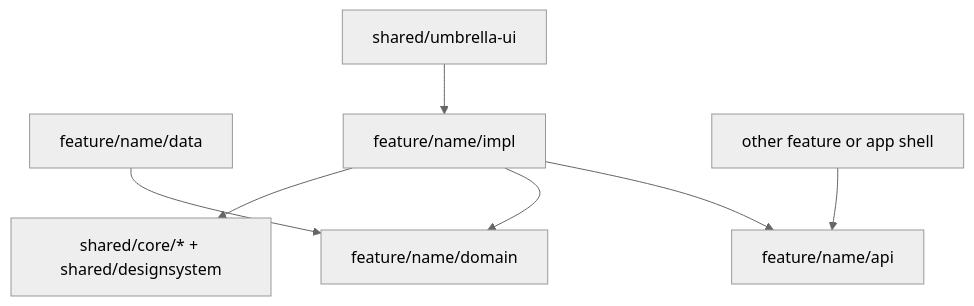
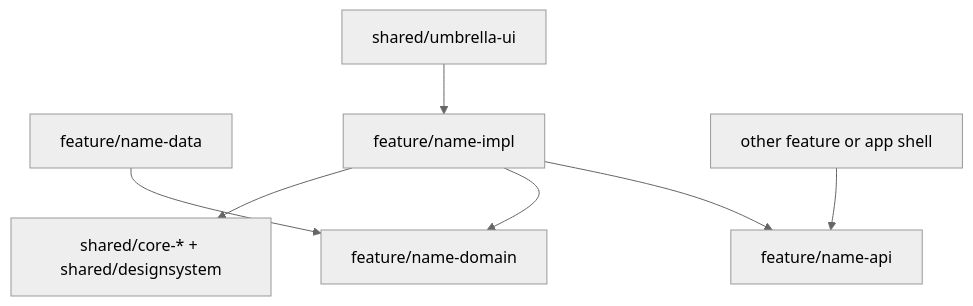
Before and after one commit to Helmy2/Dream: the fifth of 8 diagrams in ONBOARDING.md, drawn with Mermaid (neutral theme). The commit also changed other lines of this file and 305 other files, not shown here.

````diff
--- a/ONBOARDING.md
+++ b/ONBOARDING.md
@@ -166,11 +168,11 @@
 ```mermaid
 flowchart TD
-    Domain[feature/name/domain]
-    Data[feature/name/data] --> Domain
-    Api[feature/name/api]
-    Impl[feature/name/impl] --> Api
+    Domain[feature/name-domain]
+    Data[feature/name-data] --> Domain
+    Api[feature/name-api]
+    Impl[feature/name-impl] --> Api
     Impl --> Domain
-    Impl --> Shared[shared/core/* + shared/designsystem]
+    Impl --> Shared[shared/core-* + shared/designsystem]
     OtherFeature[other feature or app shell] --> Api
     UmbrellaUI[shared/umbrella-ui] --> Impl
 ```
````
